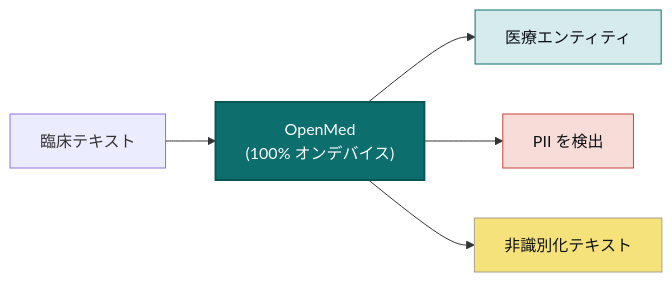
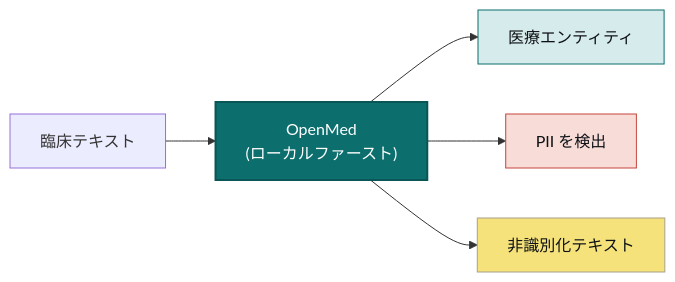
One commit to maziyarpanahi/openmed changed the diagram in README.ja.md. Above: the diagram before and after it, drawn with Mermaid. The commit also changed other lines of this file, not shown here.

````diff
--- a/README.ja.md
+++ b/README.ja.md
@@ -126,11 +119,11 @@
 ```mermaid
 flowchart LR
-    A["臨床テキスト"] --> B["OpenMed<br/>(100% オンデバイス)"]
+    A["臨床テキスト"] --> B["OpenMed<br/>(ローカルファースト)"]
     B --> C["医療エンティティ"]
     B --> D["PII を検出"]
     B --> E["非識別化テキスト"]
     style B fill:#0D6E6E,stroke:#0A5656,stroke-width:2px,color:#ffffff
     style C fill:#D6EBEB,stroke:#0D6E6E,color:#0E1116
     style D fill:#F7DCD8,stroke:#C5453A,color:#0E1116
     style E fill:#F5E27A,stroke:#A9A088,color:#0E1116
 ```
````
